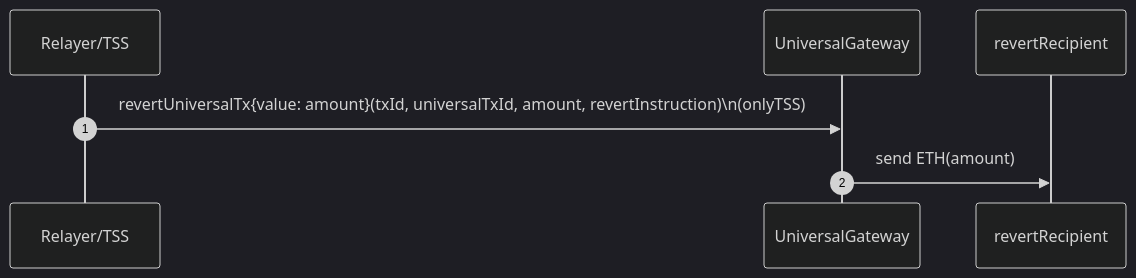
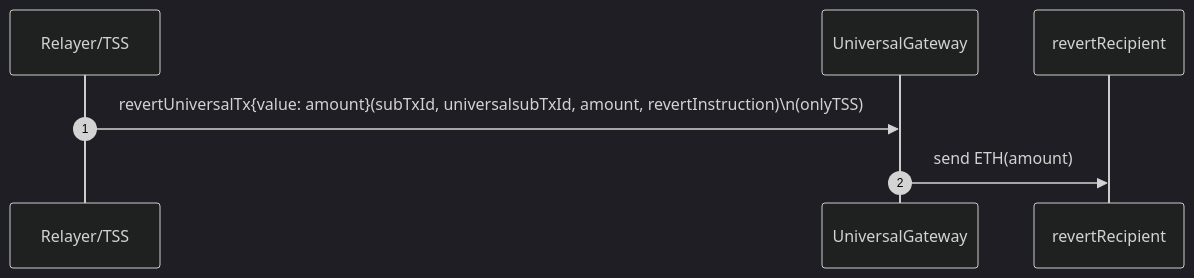
Before and after one commit to pushchain/push-chain-gateway-contracts: the sixth of 6 diagrams in contracts/evm-gateway/docs/4_OutboundTx_Flows.md, drawn with Mermaid (dark theme). The commit also changed other lines of this file and 20 other files, not shown here.

````diff
--- a/contracts/evm-gateway/docs/4_OutboundTx_Flows.md
+++ b/contracts/evm-gateway/docs/4_OutboundTx_Flows.md
@@ -205,10 +205,10 @@
 ```mermaid
 sequenceDiagram
     autonumber
     participant TSS as Relayer/TSS
     participant G as UniversalGateway
     participant R as revertRecipient
 
-    TSS->>G: revertUniversalTx{value: amount}(txId, universalTxId, amount, revertInstruction)\n(onlyTSS)
+    TSS->>G: revertUniversalTx{value: amount}(subTxId, universalsubTxId, amount, revertInstruction)\n(onlyTSS)
     G->>R: send ETH(amount)
 ```
````
